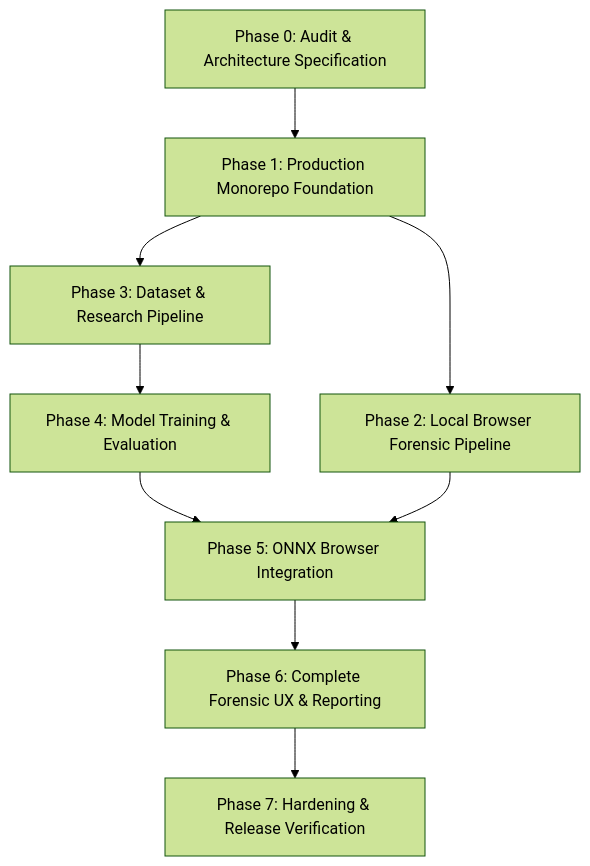
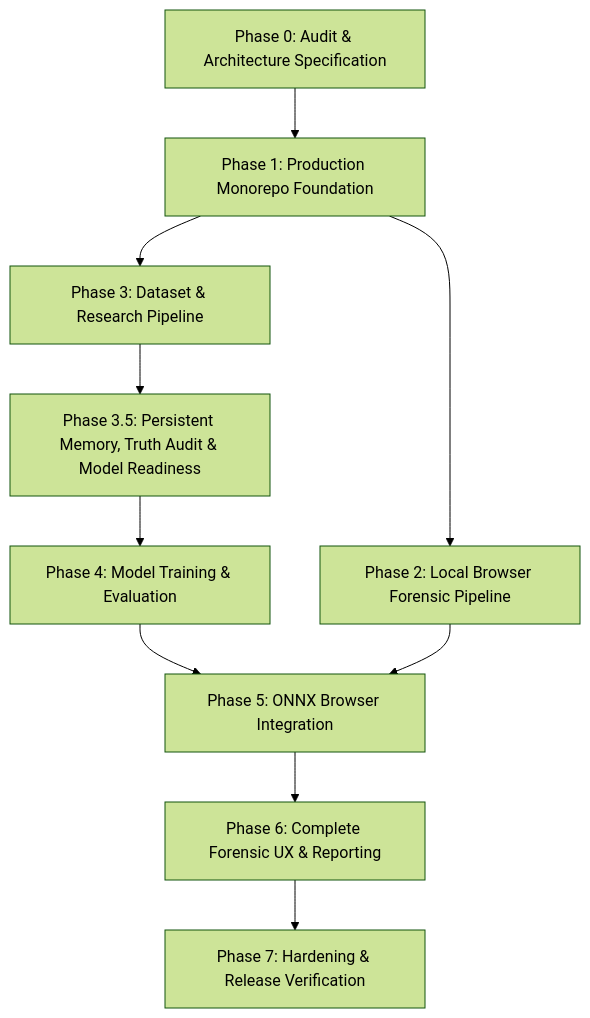
Before and after one commit to nomozer/forensics-web-lab: the diagram in docs/BACKLOG.md, drawn with Mermaid (forest theme). The commit also changed other lines of this file and 7 other files, not shown here.

Commit message:
docs: add persistent project memory and model acquisition gate

````diff
--- a/docs/BACKLOG.md
+++ b/docs/BACKLOG.md
@@ -5,11 +5,12 @@
 ```mermaid
 graph TD
   P0[Phase 0: Audit & Architecture Specification] --> P1[Phase 1: Production Monorepo Foundation]
   P1 --> P2[Phase 2: Local Browser Forensic Pipeline]
   P1 --> P3[Phase 3: Dataset & Research Pipeline]
-  P3 --> P4[Phase 4: Model Training & Evaluation]
+  P3 --> P35[Phase 3.5: Persistent Memory, Truth Audit & Model Readiness]
+  P35 --> P4[Phase 4: Model Training & Evaluation]
   P4 --> P5[Phase 5: ONNX Browser Integration]
   P2 --> P5
   P5 --> P6[Phase 6: Complete Forensic UX & Reporting]
   P6 --> P7[Phase 7: Hardening & Release Verification]
 ```
````
